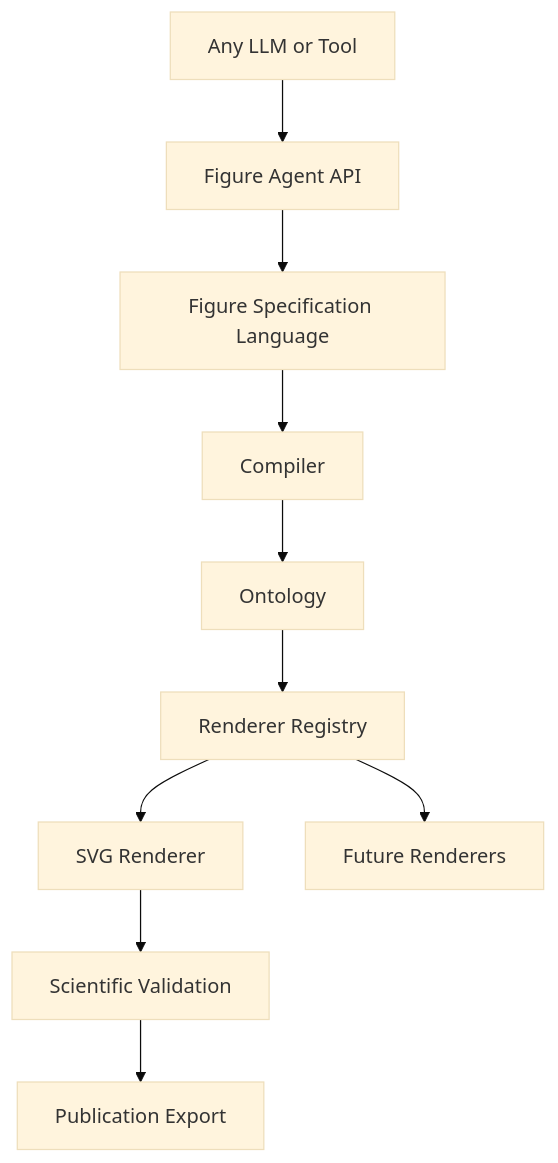
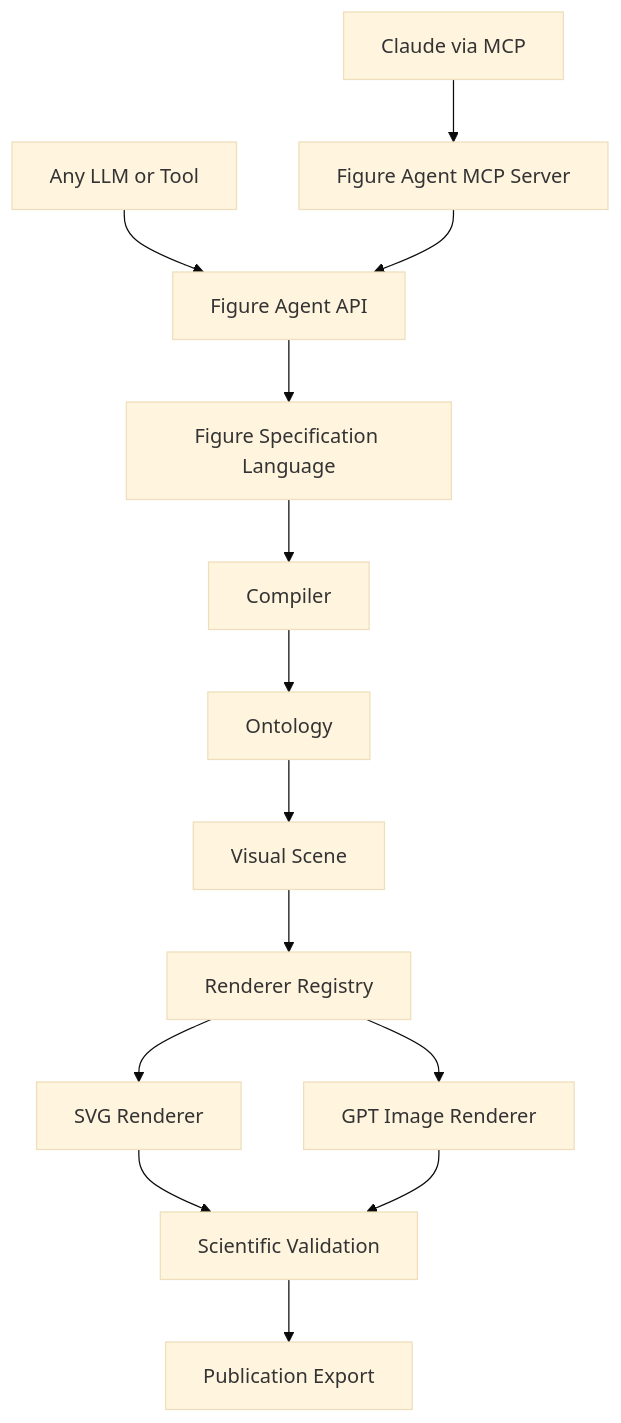
Before and after one commit to insight2017aquib/MedicinalChemistryFigureDesigner: the first of 2 diagrams in README.md, drawn with Mermaid (base theme). The commit also changed other lines of this file and 16 other files, not shown here.

First line of the commit message:
Add Figure Agent MCP server (v1.0)

````diff
--- a/README.md
+++ b/README.md
@@ -63,12 +64,16 @@
 ```mermaid
 flowchart TD
+    Claude[Claude via MCP] --> MCP[Figure Agent MCP Server]
     LLM[Any LLM or Tool] --> API[Figure Agent API]
+    MCP --> API
     API --> B[Figure Specification Language]
     B --> C[Compiler]
     C --> O[Ontology]
-    O --> R[Renderer Registry]
+    O --> VS[Visual Scene]
+    VS --> R[Renderer Registry]
     R --> SVG[SVG Renderer]
-    R --> Future[Future Renderers]
+    R --> GPT[GPT Image Renderer]
     SVG --> E[Scientific Validation]
+    GPT --> E
     E --> F[Publication Export]
 ```
````
